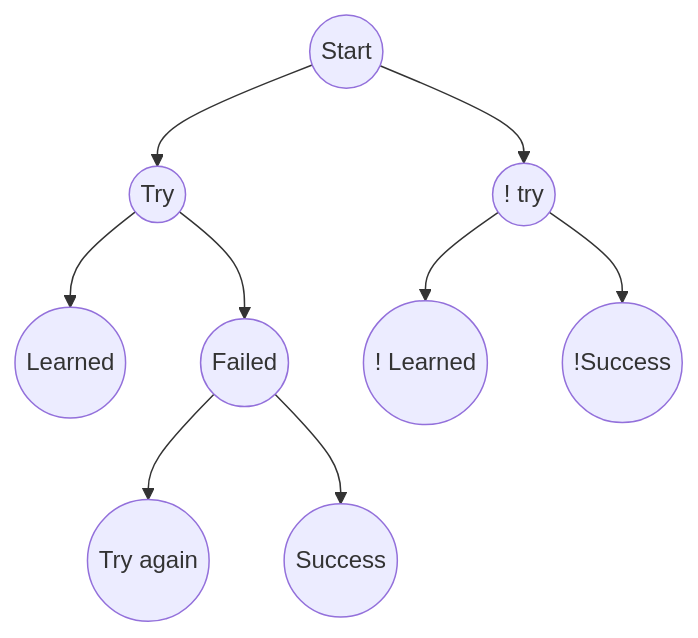
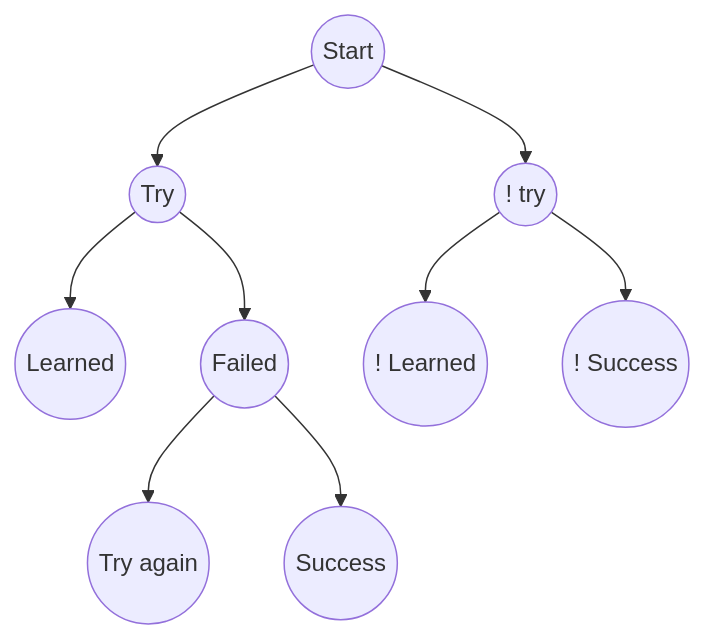
One commit to srinu2003/srinu2003 changed the diagram in README.md. Above: the diagram before and after it, drawn with Mermaid.

````diff
--- a/README.md
+++ b/README.md
@@ -13,12 +13,12 @@
 ```mermaid
 
 graph TB;
     A((Start))-->B((Try))
     A-->C((! try))
     B-->D((Learned))
     B-->E((Failed))
     C-->F((! Learned))
-    C-->G((!Success))
+    C-->G((! Success))
     E-->H((Try again))
     E-->I((Success))
 ```
````
